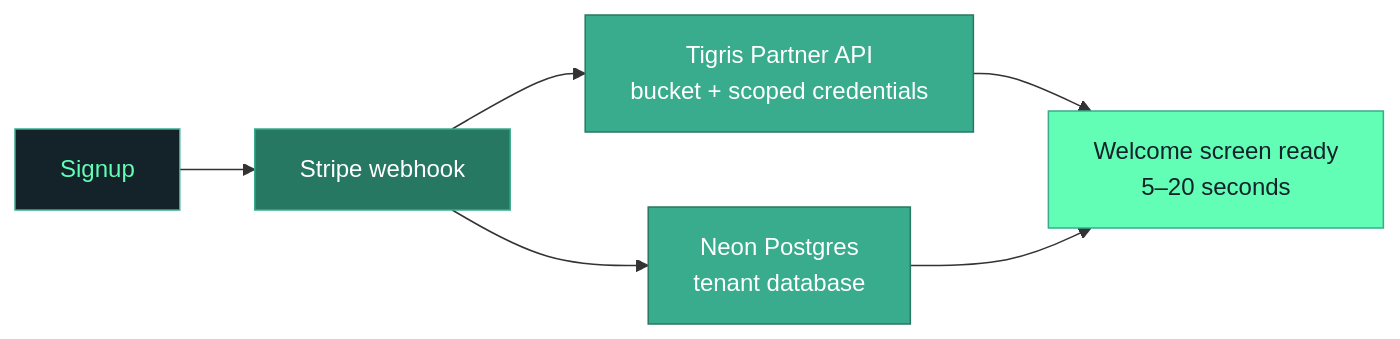
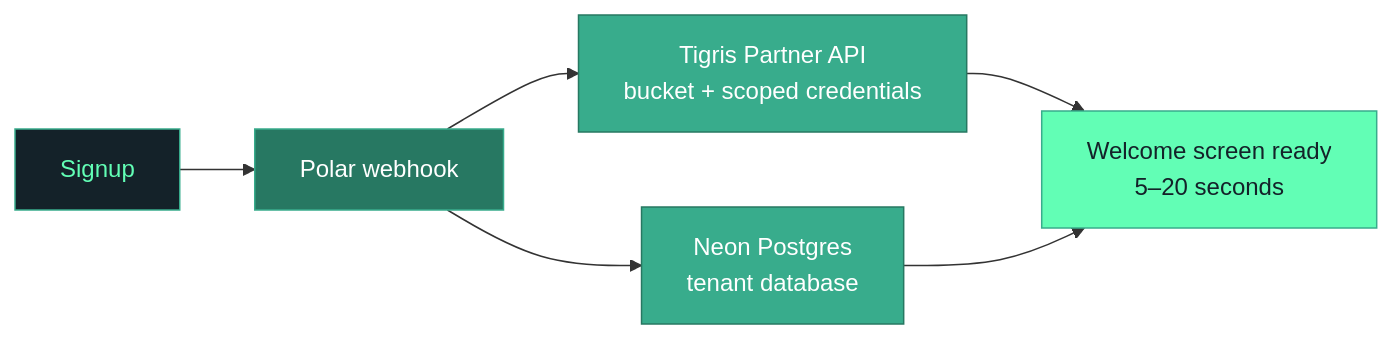
The first of 4 diagrams in blog/2026-05-19-case-study-basic-memory/index.mdx (tigrisdata/tigris-blog), drawn with Mermaid before and after one commit. The commit also changed other lines of this file and 1 other file, not shown here.

First line of the commit message:
feat: add isolation + snapshot diagrams and file-versions video

````diff
--- a/blog/2026-05-19-case-study-basic-memory/index.mdx
+++ b/blog/2026-05-19-case-study-basic-memory/index.mdx
@@ -184,18 +185,18 @@
 ```mermaid
 graph LR
-  A["Signup"] --> B["Stripe webhook"]
+  A["Signup"] --> B["Polar webhook"]
   B --> C["Tigris Partner API<br/>bucket + scoped credentials"]
   B --> D["Neon Postgres<br/>tenant database"]
   C --> E["Welcome screen ready<br/>5–20 seconds"]
   D --> E
 
   classDef signup fill:#142229,stroke:#38ac8c,color:#62feb5;
   classDef webhook fill:#277862,stroke:#38ac8c,color:#ffffff;
   classDef provision fill:#38ac8c,stroke:#277862,color:#ffffff;
   classDef ready fill:#62feb5,stroke:#38ac8c,color:#142229;
 
   class A signup;
   class B webhook;
   class C,D provision;
   class E ready;
 ```
````
